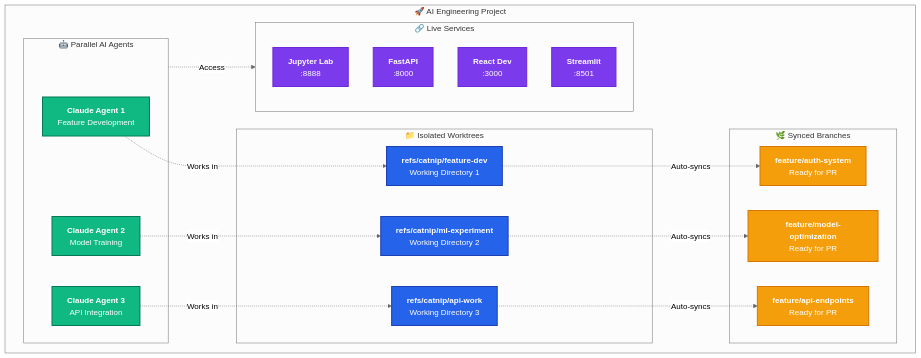
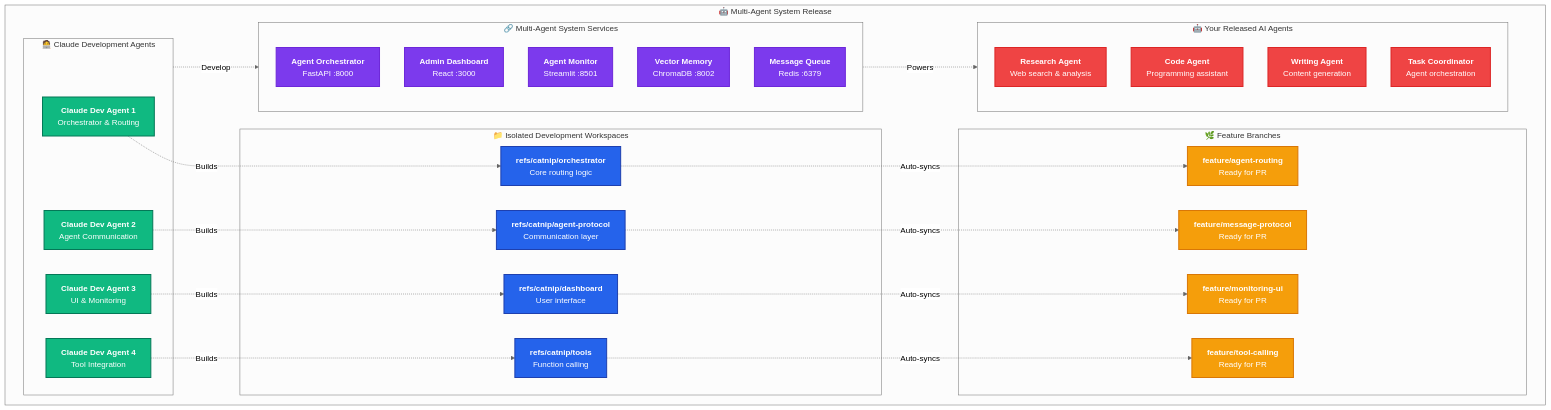
Before and after one commit to wandb/catnip: the first of 2 diagrams in README.md, drawn with Mermaid (neutral theme). The commit also changed other lines of this file, not shown here.

````diff
--- a/README.md
+++ b/README.md
@@ -67,49 +67,65 @@
 ```mermaid
 graph TB
-    subgraph project ["🚀 AI Engineering Project"]
-        subgraph agents ["🤖 Parallel AI Agents"]
-            agent1["<b>Claude Agent 1</b><br/>Feature Development"]
-            agent2["<b>Claude Agent 2</b><br/>Model Training"]
-            agent3["<b>Claude Agent 3</b><br/>API Integration"]
+    subgraph project ["🤖 Multi-Agent System Release"]
+        subgraph devagents ["🧑‍💻 Claude Development Agents"]
+            dagent1["<b>Claude Dev Agent 1</b><br/>Orchestrator & Routing"]
+            dagent2["<b>Claude Dev Agent 2</b><br/>Agent Communication"]
+            dagent3["<b>Claude Dev Agent 3</b><br/>UI & Monitoring"]
+            dagent4["<b>Claude Dev Agent 4</b><br/>Tool Integration"]
         end
         
-        subgraph worktrees ["📁 Isolated Worktrees"]
-            wt1["<b>refs/catnip/feature-dev</b><br/>Working Directory 1"]
-            wt2["<b>refs/catnip/ml-experiment</b><br/>Working Directory 2"] 
-            wt3["<b>refs/catnip/api-work</b><br/>Working Directory 3"]
+        subgraph worktrees ["📁 Isolated Development Workspaces"]
+            wt1["<b>refs/catnip/orchestrator</b><br/>Core routing logic"]
+            wt2["<b>refs/catnip/agent-protocol</b><br/>Communication layer"] 
+            wt3["<b>refs/catnip/dashboard</b><br/>User interface"]
+            wt4["<b>refs/catnip/tools</b><br/>Function calling"]
         end
         
-        subgraph services ["🔗 Live Services"]
-            jupyter["<b>Jupyter Lab</b><br/>:8888"]
-            api["<b>FastAPI</b><br/>:8000"]
-            frontend["<b>React Dev</b><br/>:3000"]
-            streamlit["<b>Streamlit</b><br/>:8501"]
+        subgraph services ["🔗 Multi-Agent System Services"]
+            orchestrator["<b>Agent Orchestrator</b><br/>FastAPI :8000"]
+            dashboard["<b>Admin Dashboard</b><br/>React :3000"]
+            monitoring["<b>Agent Monitor</b><br/>Streamlit :8501"]
+            vector["<b>Vector Memory</b><br/>ChromaDB :8002"]
+            queue["<b>Message Queue</b><br/>Redis :6379"]
         end
         
-        subgraph branches ["🌿 Synced Branches"]
-            br1["<b>feature/auth-system</b><br/>Ready for PR"]
-            br2["<b>feature/model-optimization</b><br/>Ready for PR"]
-            br3["<b>feature/api-endpoints</b><br/>Ready for PR"]
+        subgraph aiagents ["🤖 Your Released AI Agents"]
+            researcher["<b>Research Agent</b><br/>Web search & analysis"]
+            coder["<b>Code Agent</b><br/>Programming assistant"]
+            writer["<b>Writing Agent</b><br/>Content generation"]
+            coordinator["<b>Task Coordinator</b><br/>Agent orchestration"]
+        end
+        
+        subgraph branches ["🌿 Feature Branches"]
+            br1["<b>feature/agent-routing</b><br/>Ready for PR"]
+            br2["<b>feature/message-protocol</b><br/>Ready for PR"]
+            br3["<b>feature/monitoring-ui</b><br/>Ready for PR"]
+            br4["<b>feature/tool-calling</b><br/>Ready for PR"]
         end
     end
     
-    agent1 -.->|"Works in"| wt1
-    agent2 -.->|"Works in"| wt2  
-    agent3 -.->|"Works in"| wt3
+    dagent1 -.->|"Builds"| wt1
+    dagent2 -.->|"Builds"| wt2  
+    dagent3 -.->|"Builds"| wt3
+    dagent4 -.->|"Builds"| wt4
     
     wt1 -.->|"Auto-syncs"| br1
     wt2 -.->|"Auto-syncs"| br2
     wt3 -.->|"Auto-syncs"| br3
+    wt4 -.->|"Auto-syncs"| br4
     
-    agents -.->|"Access"| services
+    services -.->|"Powers"| aiagents
+    devagents -.->|"Develop"| services
     
-    classDef agentStyle fill:#10b981,stroke:#047857,stroke-width:2px,color:#ffffff
+    classDef devAgentStyle fill:#10b981,stroke:#047857,stroke-width:2px,color:#ffffff
     classDef worktreeStyle fill:#2563eb,stroke:#1e40af,stroke-width:2px,color:#ffffff  
     classDef serviceStyle fill:#7c3aed,stroke:#6d28d9,stroke-width:2px,color:#ffffff
+    classDef aiAgentStyle fill:#ef4444,stroke:#dc2626,stroke-width:2px,color:#ffffff
     classDef branchStyle fill:#f59e0b,stroke:#d97706,stroke-width:2px,color:#ffffff
     
-    class agent1,agent2,agent3 agentStyle
-    class wt1,wt2,wt3 worktreeStyle
-    class jupyter,api,frontend,streamlit serviceStyle
-    class br1,br2,br3 branchStyle
+    class dagent1,dagent2,dagent3,dagent4 devAgentStyle
+    class wt1,wt2,wt3,wt4 worktreeStyle
+    class orchestrator,dashboard,monitoring,vector,queue serviceStyle
+    class researcher,coder,writer,coordinator aiAgentStyle
+    class br1,br2,br3,br4 branchStyle
 ```
````
